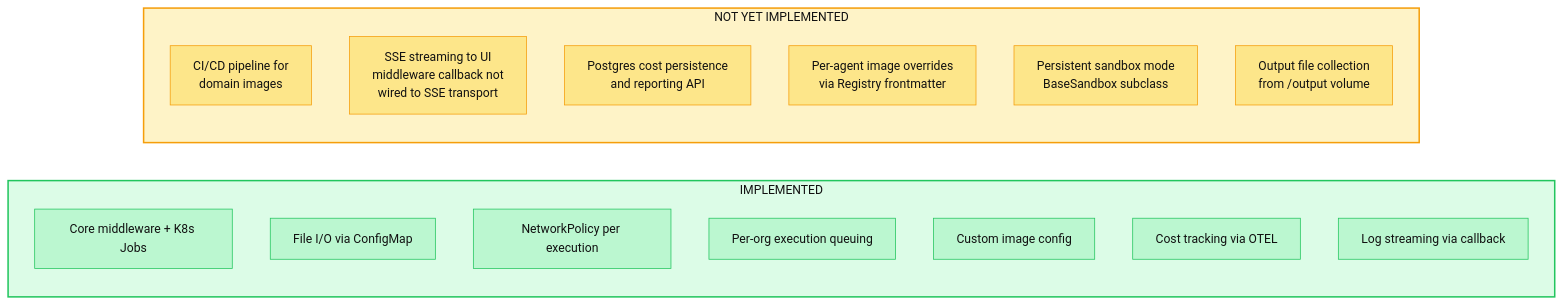
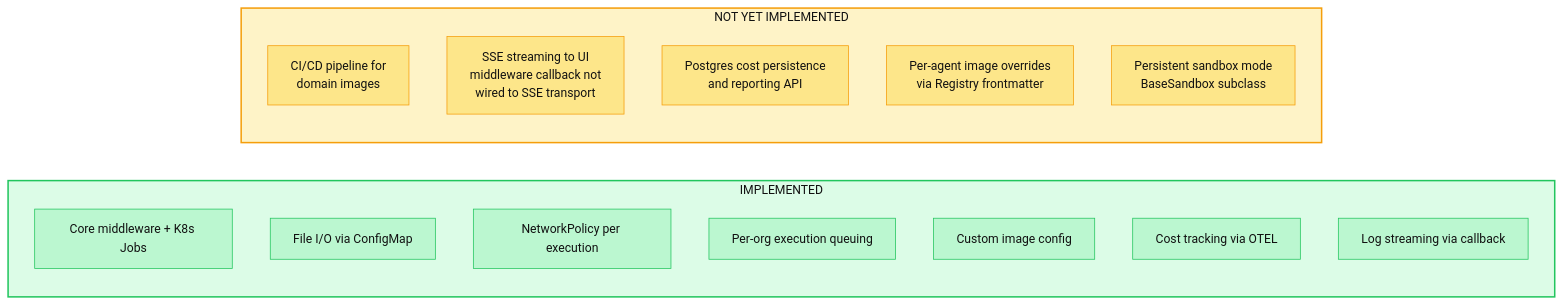
One commit to redhat-data-and-ai/template-agent changed diagram 23 of 25 in docs/superpowers/specs/2026-07-13-code-execution-middleware-design.md. Above: the diagram before and after it, drawn with Mermaid.

Commit message:
fix(docs): remove output file collection from roadmap — stdout is the designed output channel

````diff
--- a/docs/superpowers/specs/2026-07-13-code-execution-middleware-design.md
+++ b/docs/superpowers/specs/2026-07-13-code-execution-middleware-design.md
@@ -1664,37 +1664,35 @@
 ```mermaid
 flowchart LR
     subgraph done["IMPLEMENTED"]
         style done fill:#dcfce7,stroke:#22c55e,stroke-width:2px,color:#111
         D1["Core middleware + K8s Jobs"]
         D2["File I/O via ConfigMap"]
         D3["NetworkPolicy per execution"]
         D4["Per-org execution queuing"]
         D5["Custom image config"]
         D6["Cost tracking via OTEL"]
         D7["Log streaming via callback"]
     end
 
     subgraph future["NOT YET IMPLEMENTED"]
         style future fill:#fef3c7,stroke:#f59e0b,stroke-width:2px,color:#111
         F1["CI/CD pipeline for<br/>domain images"]
         F2["SSE streaming to UI<br/>middleware callback not<br/>wired to SSE transport"]
         F3["Postgres cost persistence<br/>and reporting API"]
         F4["Per-agent image overrides<br/>via Registry frontmatter"]
         F5["Persistent sandbox mode<br/>BaseSandbox subclass"]
-        F6["Output file collection<br/>from /output volume"]
     end
 
     style D1 fill:#bbf7d0,stroke:#22c55e,color:#111
     style D2 fill:#bbf7d0,stroke:#22c55e,color:#111
     style D3 fill:#bbf7d0,stroke:#22c55e,color:#111
     style D4 fill:#bbf7d0,stroke:#22c55e,color:#111
     style D5 fill:#bbf7d0,stroke:#22c55e,color:#111
     style D6 fill:#bbf7d0,stroke:#22c55e,color:#111
     style D7 fill:#bbf7d0,stroke:#22c55e,color:#111
     style F1 fill:#fde68a,stroke:#f59e0b,color:#111
     style F2 fill:#fde68a,stroke:#f59e0b,color:#111
     style F3 fill:#fde68a,stroke:#f59e0b,color:#111
     style F4 fill:#fde68a,stroke:#f59e0b,color:#111
     style F5 fill:#fde68a,stroke:#f59e0b,color:#111
-    style F6 fill:#fde68a,stroke:#f59e0b,color:#111
 ```
````
